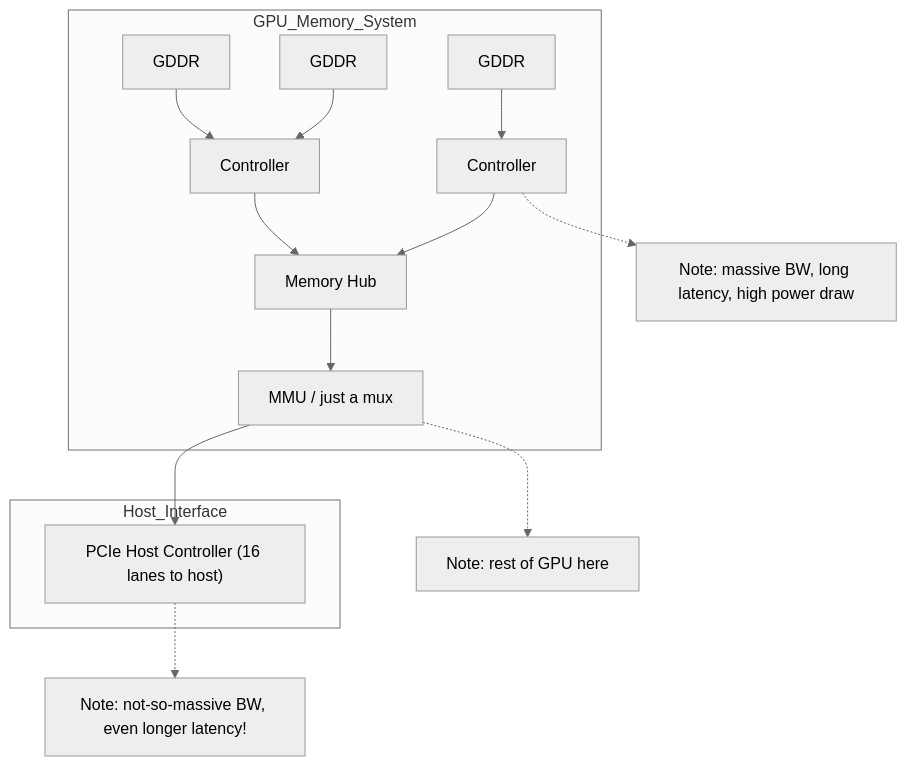
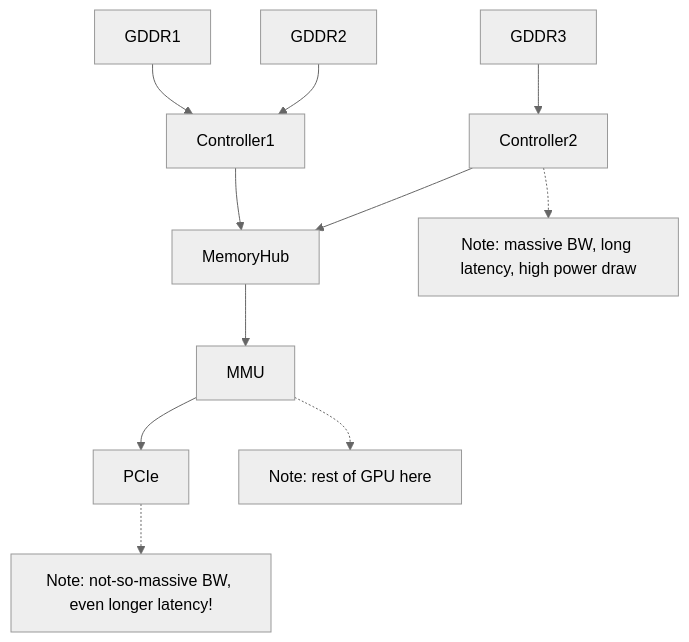
Before and after one commit to acdefg/obsidian_note: the second of 2 diagrams in study_note/图形架构/A trip through the Graphics Pipline 2011.md, drawn with Mermaid (neutral theme).

Commit message:
vault backup: 2025-06-23 17:11:28

````diff
--- a/study_note/图形架构/A trip through the Graphics Pipline 2011.md
+++ b/study_note/图形架构/A trip through the Graphics Pipline 2011.md
@@ -326,35 +326,21 @@
 ```mermaid
 flowchart TD
-    subgraph GPU_Memory_System
-        GDDR1["GDDR"]
-        GDDR2["GDDR"]
-        GDDR3["GDDR"]
-        Controller1["Controller"]
-        Controller2["Controller"]
-        MemoryHub["Memory Hub"]
-        MMU["MMU / just a mux"]
-    end
 
-    subgraph Host_Interface
-        PCIe["PCIe Host Controller (16 lanes to host)"]
-    end
 
     GDDR1 --> Controller1
     GDDR2 --> Controller1
     GDDR3 --> Controller2
     Controller1 --> MemoryHub
     Controller2 --> MemoryHub
     MemoryHub --> MMU
     MMU --> PCIe
 
     %% Annotations as notes
     Note1["Note: massive BW, long latency, high power draw"]
     Note2["Note: rest of GPU here"]
     Note3["Note: not-so-massive BW, even longer latency!"]
 
     Controller2 -.-> Note1
     MMU -.-> Note2
     PCIe -.-> Note3
-
-
 ```
````
